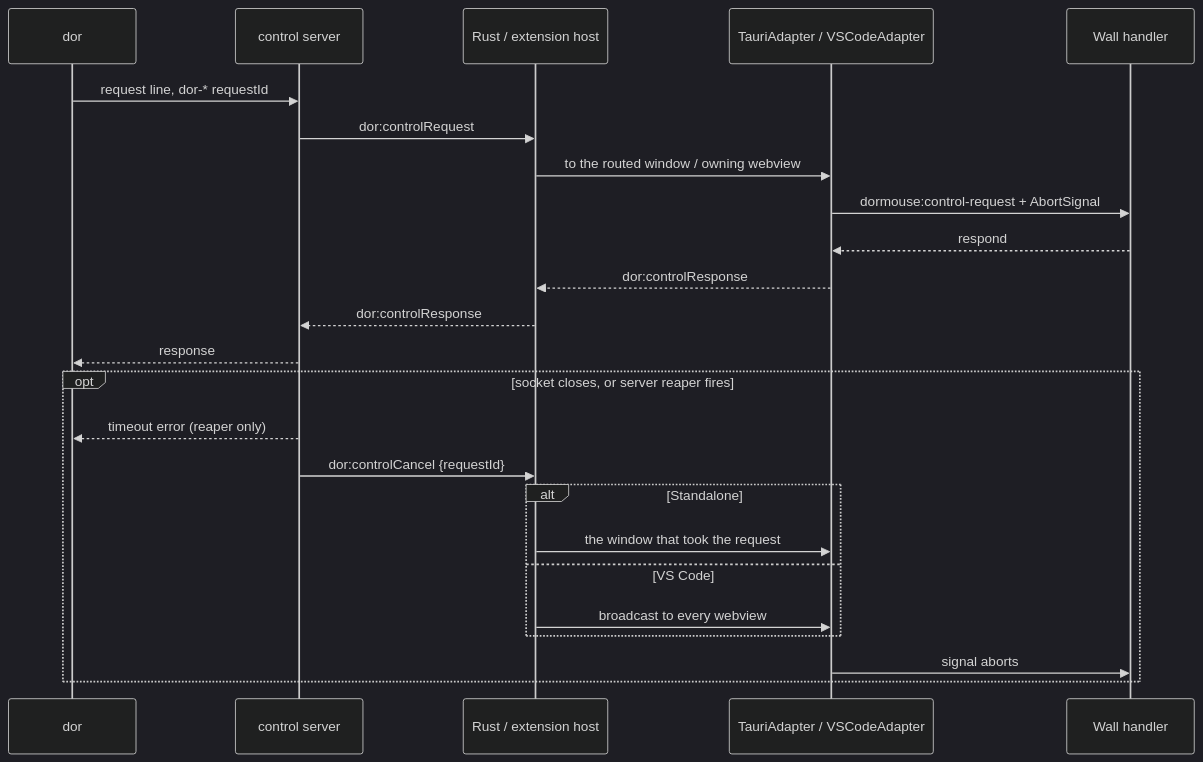
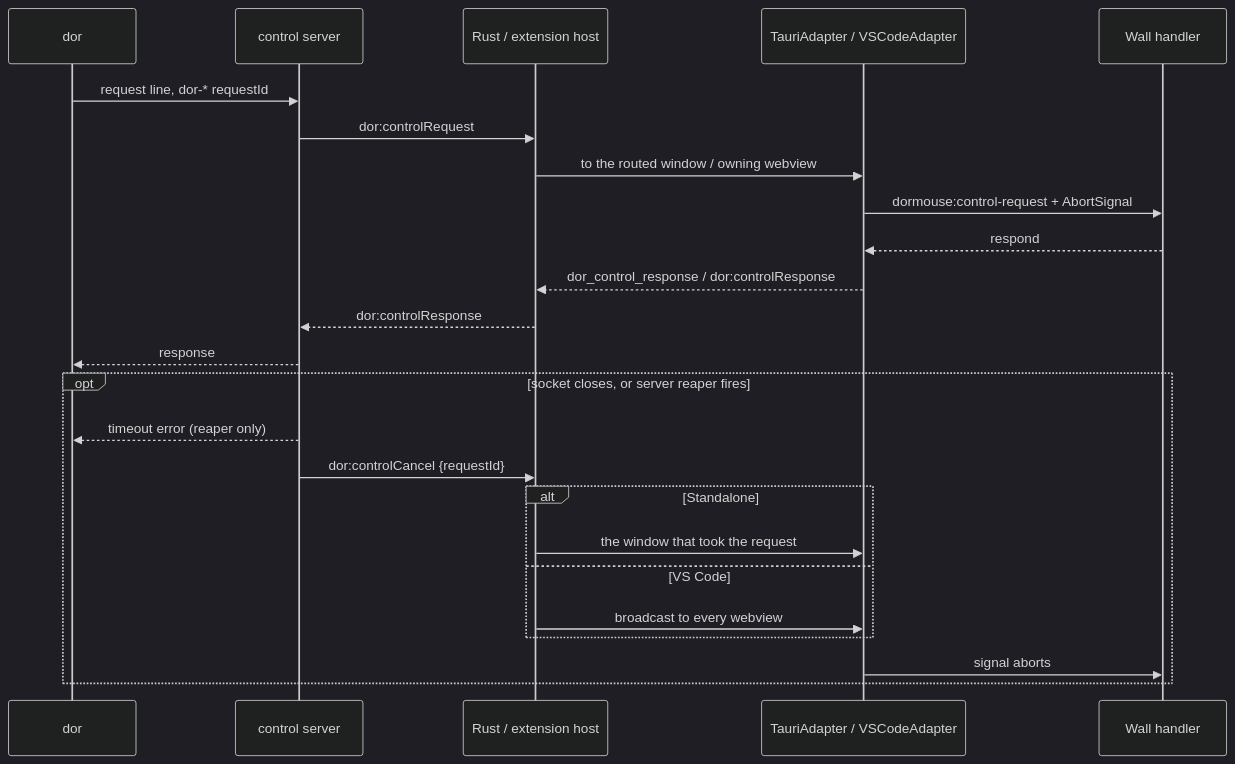
One commit to diffplug/dormouse changed the first of 2 diagrams in docs/specs/dor-cli.md. Above: the diagram before and after it, drawn with Mermaid (dark theme). The commit also changed other lines of this file and 4 other files, not shown here.

First line of the commit message:
Fix four diagram labels from review; drop semicolons from Mermaid labels

````diff
--- a/docs/specs/dor-cli.md
+++ b/docs/specs/dor-cli.md
@@ -139,26 +139,26 @@
 ```mermaid
 sequenceDiagram
   participant D as dor
   participant S as control server
   participant H as Rust / extension host
   participant A as TauriAdapter / VSCodeAdapter
   participant W as Wall handler
   D->>S: request line, dor-* requestId
   S->>H: dor:controlRequest
   H->>A: to the routed window / owning webview
   A->>W: dormouse:control-request + AbortSignal
   W-->>A: respond
-  A-->>H: dor:controlResponse
+  A-->>H: dor_control_response / dor:controlResponse
   H-->>S: dor:controlResponse
   S-->>D: response
   opt socket closes, or server reaper fires
     S-->>D: timeout error (reaper only)
     S->>H: dor:controlCancel {requestId}
     alt Standalone
       H->>A: the window that took the request
     else VS Code
       H->>A: broadcast to every webview
     end
     A->>W: signal aborts
   end
 ```
````
